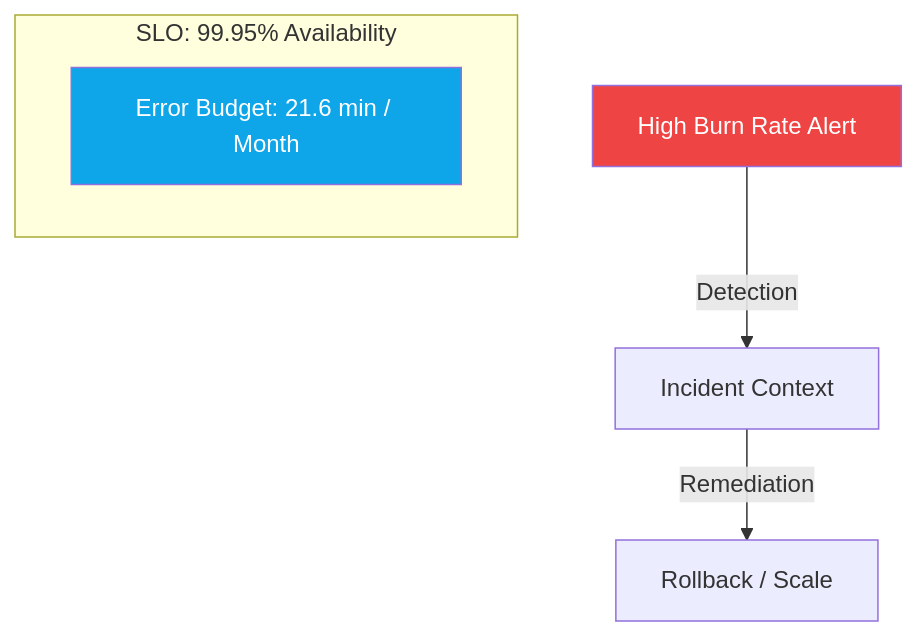
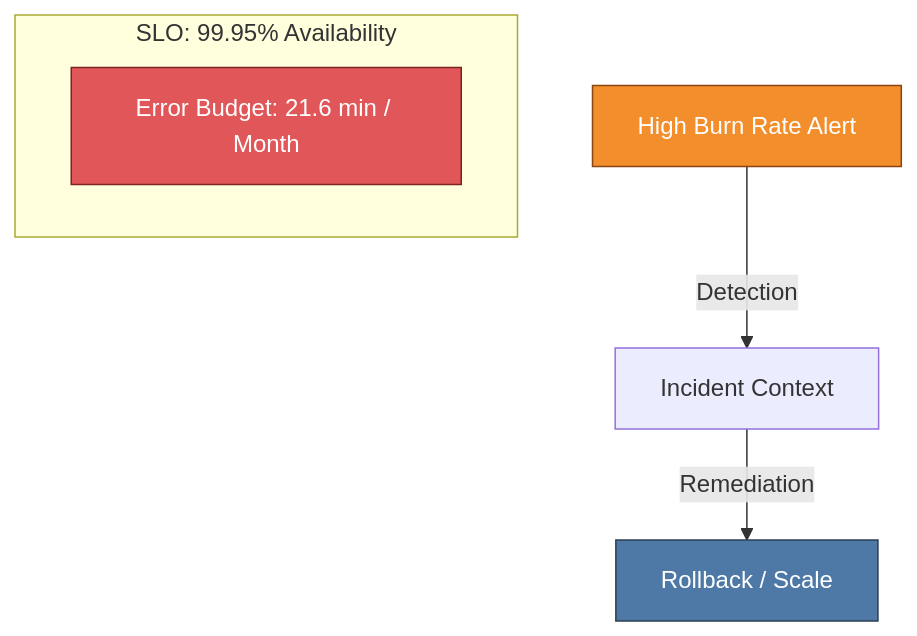
The seventh of 8 diagrams in src/app/[locale]/research/papers/a3-enterprise-observability-operational-intelligence/A3-PAPER-FULL.md (gchaitanyabharath9/omnigcloud), drawn with Mermaid before and after one commit. The commit also changed other lines of this file and 40 other files, not shown here.

````diff
--- a/src/app/[locale]/research/papers/a3-enterprise-observability-operational-intelligence/A3-PAPER-FULL.md
+++ b/src/app/[locale]/research/papers/a3-enterprise-observability-operational-intelligence/A3-PAPER-FULL.md
@@ -489,12 +582,18 @@
 ```mermaid
 graph TD
+    classDef Control fill:#4E79A7,stroke:#2C3E50,color:#fff;
+    classDef Data fill:#59A14F,stroke:#274E13,color:#fff;
+    classDef Policy fill:#9C6ADE,stroke:#4B0082,color:#fff;
+    classDef Obs fill:#F28E2B,stroke:#8B4513,color:#fff;
+    classDef Risk fill:#E15759,stroke:#7B241C,color:#fff;
+    classDef State fill:#76B7B2,stroke:#0E6251,color:#fff;
+    classDef Actor fill:#BAB0AC,stroke:#515A5A,color:#000;
     subgraph SLO ["SLO: 99.95% Availability"]
-        EB[Error Budget: 21.6 min / Month]
+    EB["Error Budget: 21.6 min / Month"]
     end
-
-    BR[High Burn Rate Alert] -->|Detection| I[Incident Context]
-    I -->|Remediation| Act[Rollback / Scale]
-    
-    style EB fill:#0ea5e9,color:white
-    style BR fill:#ef4444,color:white
+    BR["High Burn Rate Alert"] -->|Detection| I["Incident Context"]
+    I -->|Remediation| Act["Rollback / Scale"]
+    class EB Risk;
+    class BR Obs;
+    class Act Control;
 ```
````
